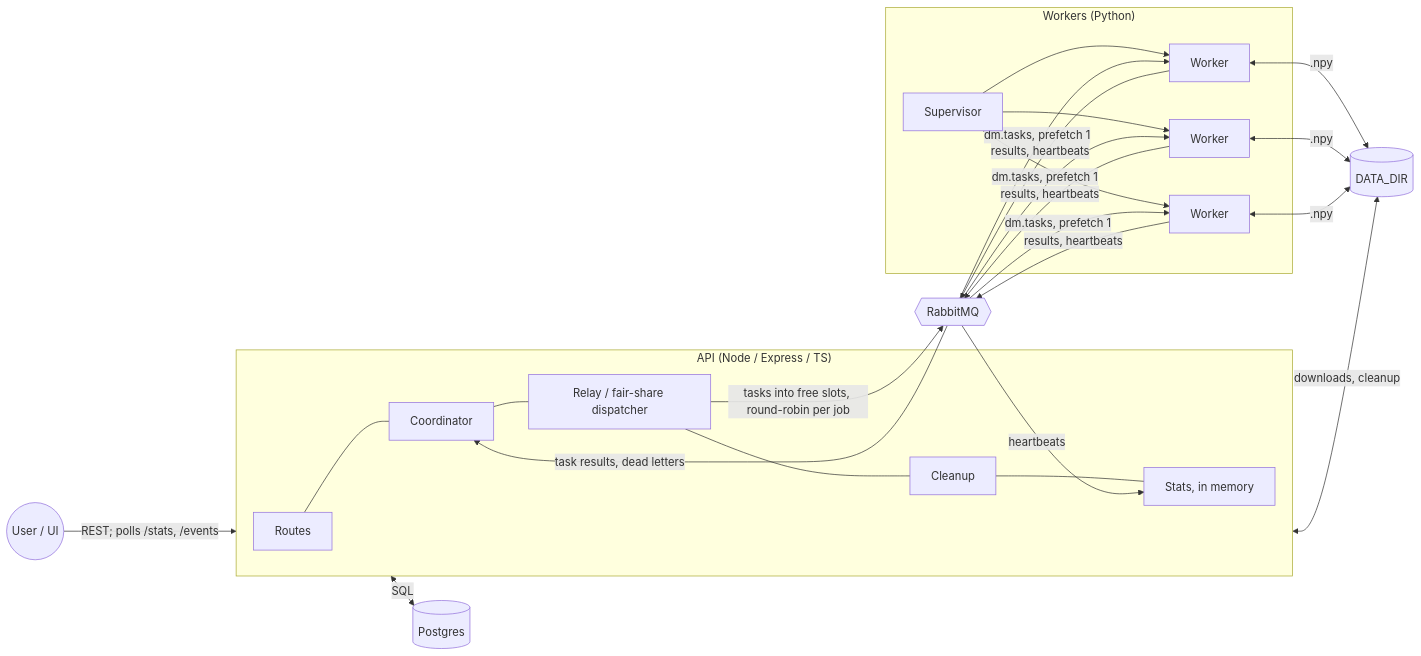
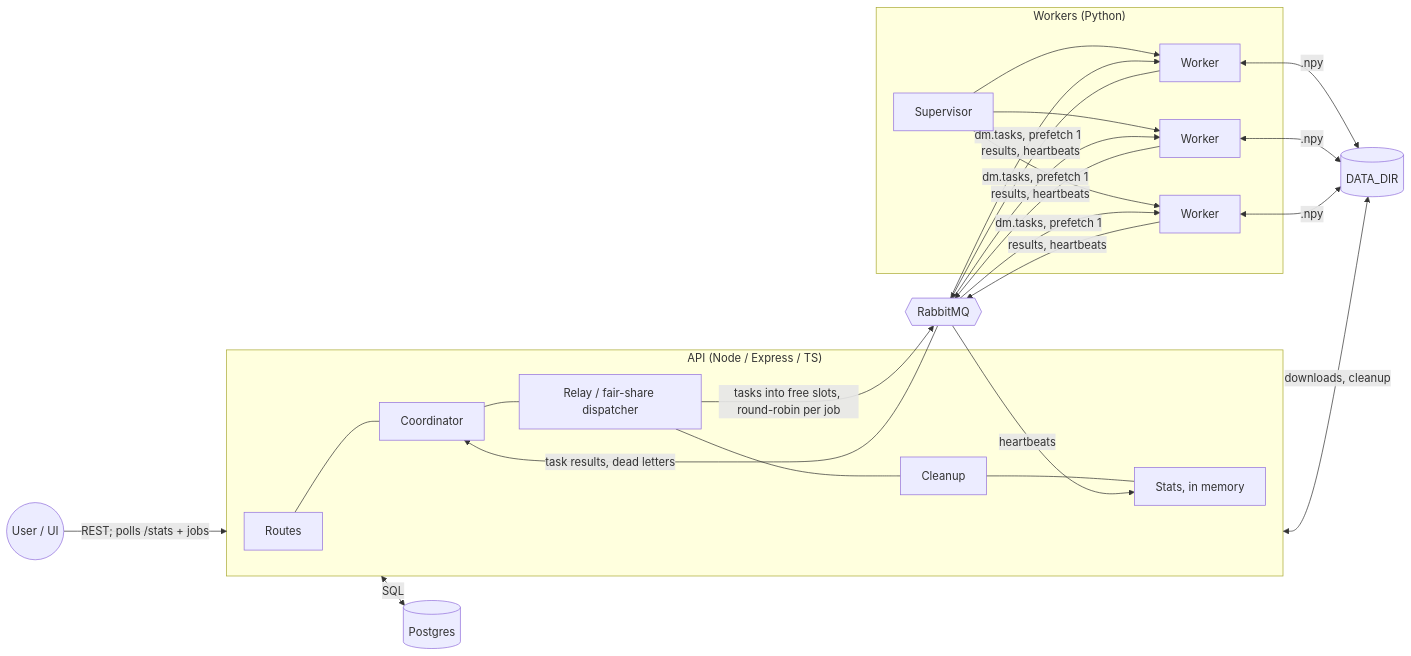
One commit to Kraizan/dismean changed the diagram in docs/hld.md. Above: the diagram before and after it, drawn with Mermaid. The commit also changed other lines of this file and 30 other files, not shown here.

First line of the commit message:
Simplify LLD, consolidate ITD/IPD decision logs, and sync architecture docs.

````diff
--- a/docs/hld.md
+++ b/docs/hld.md
@@ -7,18 +7,18 @@
 ```mermaid
 flowchart LR
-  User((User / UI)) -->|REST; polls /stats, /events| API
+  User((User / UI)) -->|REST; polls /stats + jobs| API
   subgraph API["API (Node / Express / TS)"]
     HTTP[Routes] --- COORD[Coordinator] --- RELAY[Relay / fair-share dispatcher] --- CLEAN[Cleanup] --- STATS[Stats, in memory]
   end
   API <-->|SQL| PG[(Postgres)]
   RELAY -->|tasks into free slots, round-robin per job| MQ{{RabbitMQ}}
   MQ -->|task results, dead letters| COORD
   MQ -->|heartbeats| STATS
   subgraph Fleet["Workers (Python)"]
     SUP[Supervisor] --> W1[Worker] & W2[Worker] & WN[Worker]
   end
   MQ -->|dm.tasks, prefetch 1| W1 & W2 & WN
   W1 & W2 & WN -->|results, heartbeats| MQ
   W1 & W2 & WN <-->|.npy| FS[(DATA_DIR)]
   API <-->|downloads, cleanup| FS
 ```
````
